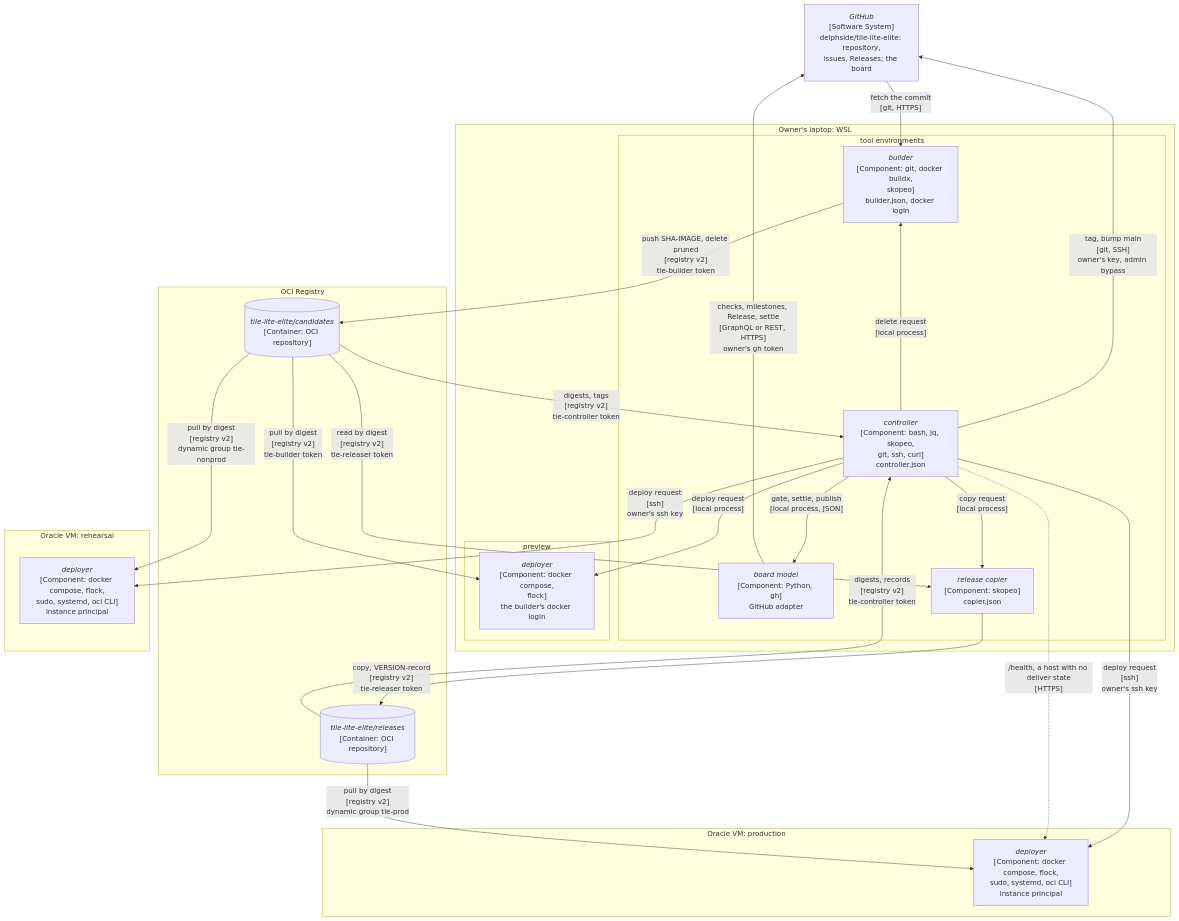
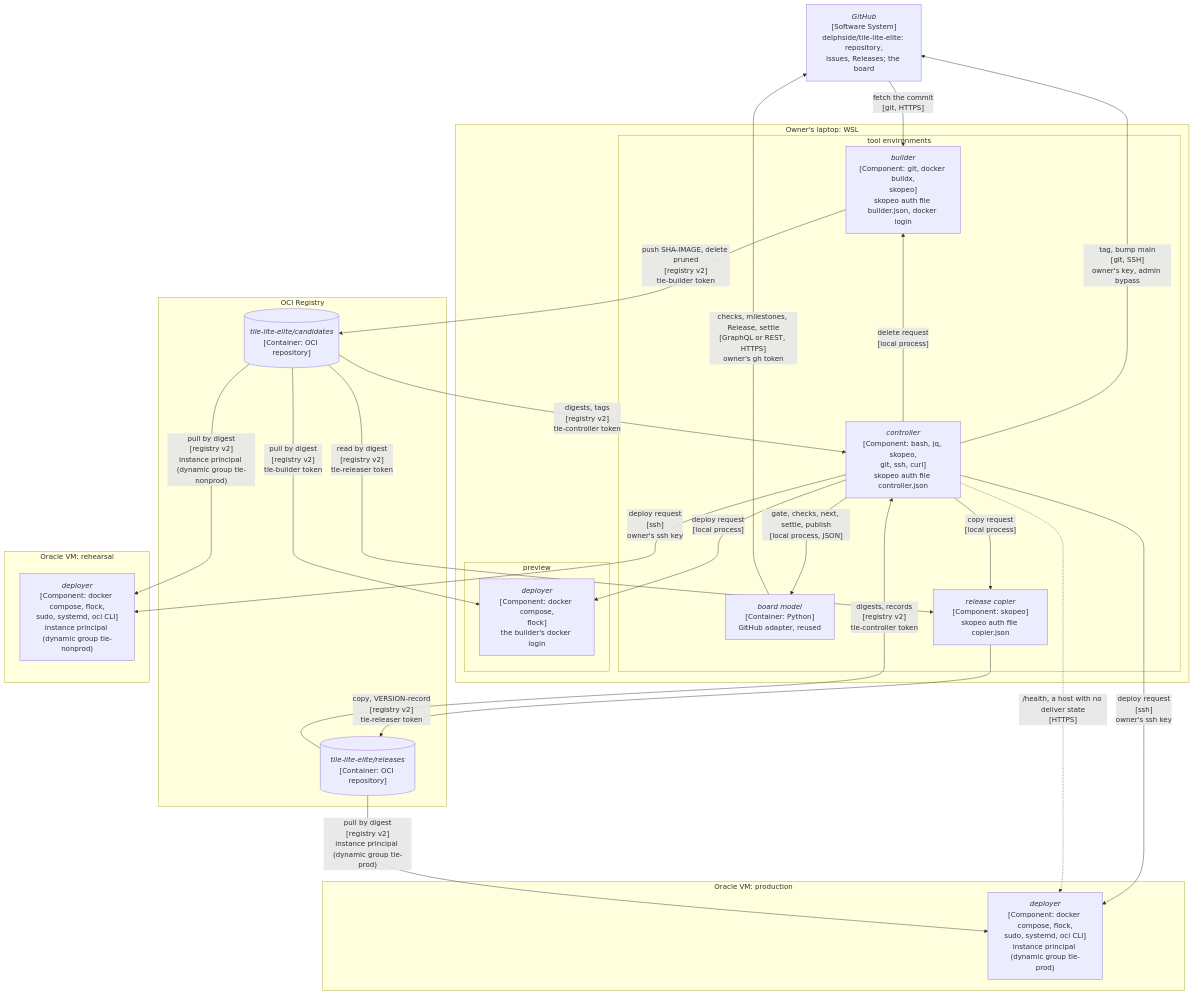
The third of 6 diagrams in records/2.5-changes/programme-tooling/117-generic-deliver-tool/design.md (delphside/programme), drawn with Mermaid before and after one commit. The commit also changed other lines of this file and 2 other files, not shown here.

First line of the commit message:
Change 117: apply the document reviews of the board model's part

````diff
--- a/records/2.5-changes/programme-tooling/117-generic-deliver-tool/design.md
+++ b/records/2.5-changes/programme-tooling/117-generic-deliver-tool/design.md
@@ -196,43 +195,43 @@
 ```mermaid
 flowchart TB
   GH["<i>GitHub</i><br>[Software System]<br>delphside/tile-lite-elite: repository,<br>issues, Releases; the board"]
   subgraph LAPTOP["Owner's laptop: WSL"]
     subgraph TOOLS["tool environments"]
-      CTL["<i>controller</i><br>[Component: bash, jq, skopeo,<br>git, ssh, curl]<br>controller.json"]
-      BM["<i>board model</i><br>[Component: Python, gh]<br>GitHub adapter"]
-      BLD["<i>builder</i><br>[Component: git, docker buildx,<br>skopeo]<br>builder.json, docker login"]
-      COPY["<i>release copier</i><br>[Component: skopeo]<br>copier.json"]
+      CTL["<i>controller</i><br>[Component: bash, jq, skopeo,<br>git, ssh, curl]<br>skopeo auth file controller.json"]
+      BM["<i>board model</i><br>[Container: Python]<br>GitHub adapter, reused"]
+      BLD["<i>builder</i><br>[Component: git, docker buildx,<br>skopeo]<br>skopeo auth file builder.json, docker login"]
+      COPY["<i>release copier</i><br>[Component: skopeo]<br>skopeo auth file copier.json"]
     end
     subgraph PREV["preview"]
       DEPP["<i>deployer</i><br>[Component: docker compose,<br>flock]<br>the builder's docker login"]
     end
   end
   subgraph OCIR["OCI Registry"]
     CAND[("<i>tile-lite-elite/candidates</i><br>[Container: OCI repository]")]
     REL[("<i>tile-lite-elite/releases</i><br>[Container: OCI repository]")]
   end
   subgraph REHVM["Oracle VM: rehearsal"]
-    DEPR["<i>deployer</i><br>[Component: docker compose, flock,<br>sudo, systemd, oci CLI]<br>instance principal"]
+    DEPR["<i>deployer</i><br>[Component: docker compose, flock,<br>sudo, systemd, oci CLI]<br>instance principal (dynamic group tle-nonprod)"]
   end
   subgraph PRODVM["Oracle VM: production"]
-    DEPX["<i>deployer</i><br>[Component: docker compose, flock,<br>sudo, systemd, oci CLI]<br>instance principal"]
+    DEPX["<i>deployer</i><br>[Component: docker compose, flock,<br>sudo, systemd, oci CLI]<br>instance principal (dynamic group tle-prod)"]
   end
   GH -->|"fetch the commit<br>[git, HTTPS]"| BLD
-  CTL -->|"gate, settle, publish<br>[local process, JSON]"| BM
+  CTL -->|"gate, checks, next, settle, publish<br>[local process, JSON]"| BM
   BM -->|"checks, milestones, Release, settle<br>[GraphQL or REST, HTTPS]<br>owner's gh token"| GH
   CTL -->|"tag, bump main<br>[git, SSH]<br>owner's key, admin bypass"| GH
   BLD -->|"push SHA-IMAGE, delete pruned<br>[registry v2]<br>tle-builder token"| CAND
   CAND -->|"digests, tags<br>[registry v2]<br>tle-controller token"| CTL
   REL -->|"digests, records<br>[registry v2]<br>tle-controller token"| CTL
   CTL -->|"delete request<br>[local process]"| BLD
   CTL -->|"copy request<br>[local process]"| COPY
   CAND -->|"read by digest<br>[registry v2]<br>tle-releaser token"| COPY
   COPY -->|"copy, VERSION-record<br>[registry v2]<br>tle-releaser token"| REL
   CTL -->|"deploy request<br>[local process]"| DEPP
   CTL -->|"deploy request<br>[ssh]<br>owner's ssh key"| DEPR
   CTL -->|"deploy request<br>[ssh]<br>owner's ssh key"| DEPX
   CTL -.->|"/health, a host with no deliver state<br>[HTTPS]"| DEPX
   CAND -->|"pull by digest<br>[registry v2]<br>tle-builder token"| DEPP
-  CAND -->|"pull by digest<br>[registry v2]<br>dynamic group tle-nonprod"| DEPR
-  REL -->|"pull by digest<br>[registry v2]<br>dynamic group tle-prod"| DEPX
+  CAND -->|"pull by digest<br>[registry v2]<br>instance principal (dynamic group tle-nonprod)"| DEPR
+  REL -->|"pull by digest<br>[registry v2]<br>instance principal (dynamic group tle-prod)"| DEPX
 ```
````
